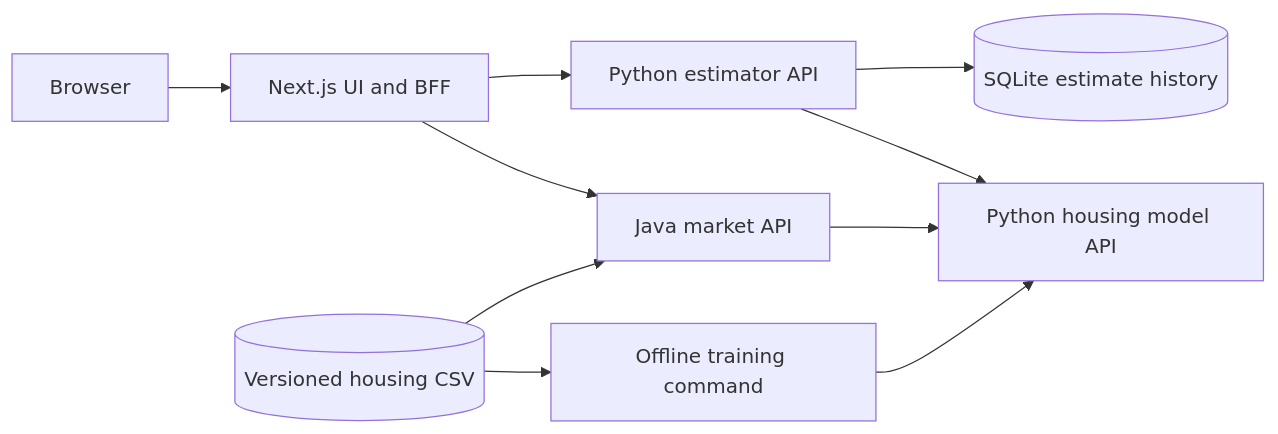
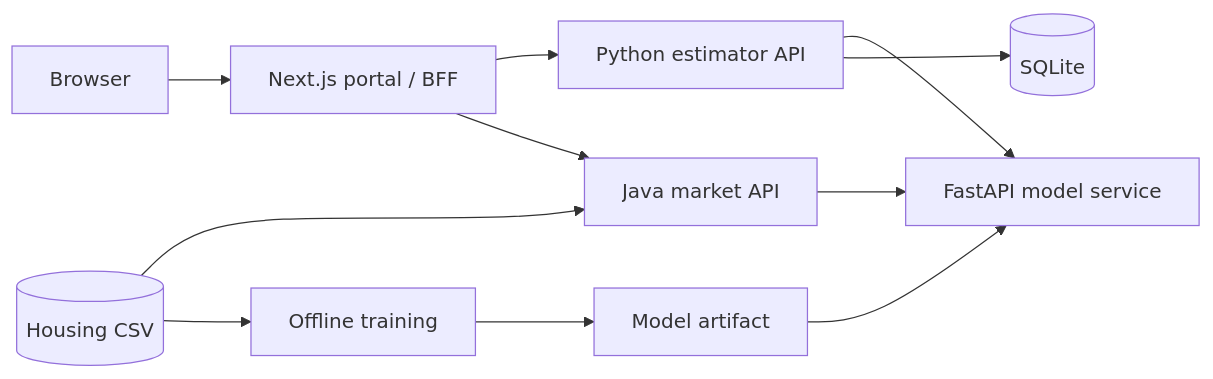
Before and after one commit to adam0x01/housing-analytics-portal: the diagram in docs/architecture-overview.md, drawn with Mermaid. The commit also changed other lines of this file and 59 other files, not shown here.

````diff
--- a/docs/architecture-overview.md
+++ b/docs/architecture-overview.md
@@ -7,12 +3,13 @@
 ```mermaid
 flowchart LR
-    Browser[Browser] --> Web[Next.js UI and BFF]
+    Browser --> Web[Next.js portal / BFF]
     Web --> Estimator[Python estimator API]
     Web --> Market[Java market API]
-    Estimator --> Model[Python housing model API]
-    Estimator --> History[(SQLite estimate history)]
+    Estimator --> Model[FastAPI model service]
     Market --> Model
-    Training[Offline training command] --> Model
-    Data[(Versioned housing CSV)] --> Training
-    Data --> Market
+    Estimator --> History[(SQLite)]
+    CSV[(Housing CSV)] --> Market
+    CSV --> Training[Offline training]
+    Training --> Artifact[Model artifact]
+    Artifact --> Model
 ```
````
